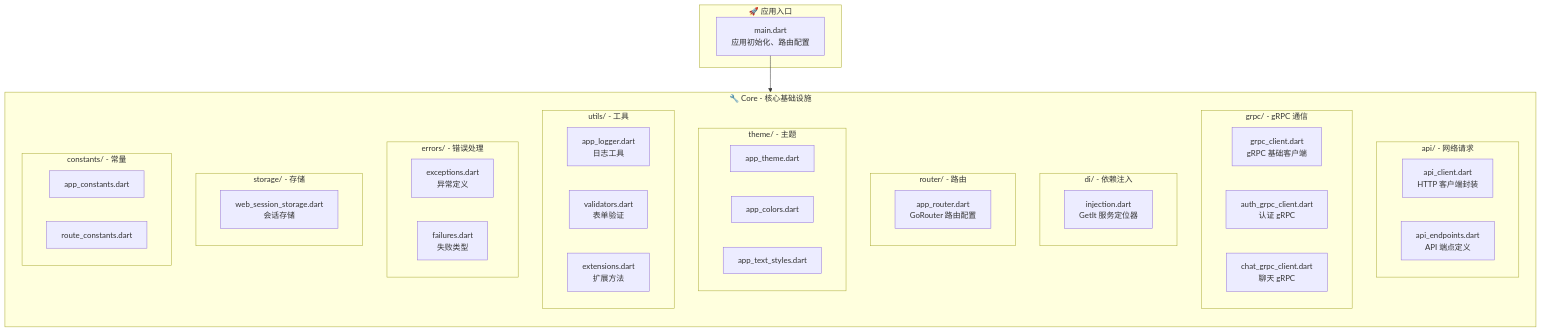
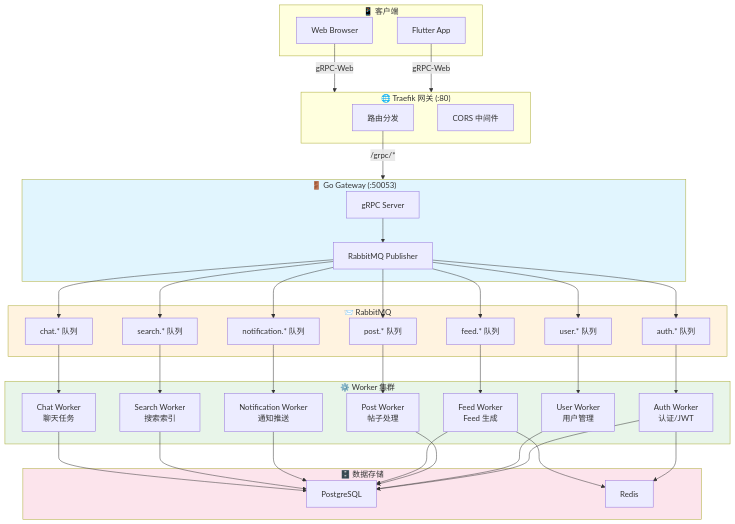
Before and after one commit to funcdfs/lesser: the second of 4 diagrams in docs/架构梳理.md, drawn with Mermaid. The commit also changed other lines of this file and 306 other files, not shown here.

````diff
--- a/docs/架构梳理.md
+++ b/docs/架构梳理.md
@@ -114,56 +193,84 @@
 ```mermaid
-graph TB
-    subgraph 应用入口["🚀 应用入口"]
-        Main["main.dart<br/>应用初始化、路由配置"]
+flowchart TB
+    subgraph Client["📱 客户端"]
+        Flutter["Flutter App"]
+        Web["Web Browser"]
     end
 
-    subgraph 核心层["🔧 Core - 核心基础设施"]
-        direction TB
-        subgraph API["api/ - 网络请求"]
-            ApiClient["api_client.dart<br/>HTTP 客户端封装"]
-            ApiEndpoints["api_endpoints.dart<br/>API 端点定义"]
-        end
-        
-        subgraph GRPC["grpc/ - gRPC 通信"]
-            GrpcClient["grpc_client.dart<br/>gRPC 基础客户端"]
-            AuthGrpc["auth_grpc_client.dart<br/>认证 gRPC"]
-            ChatGrpc["chat_grpc_client.dart<br/>聊天 gRPC"]
-        end
-        
-        subgraph DI["di/ - 依赖注入"]
-            Injection["injection.dart<br/>GetIt 服务定位器"]
-        end
-        
-        subgraph Router["router/ - 路由"]
-            AppRouter["app_router.dart<br/>GoRouter 路由配置"]
-        end
-        
-        subgraph Theme["theme/ - 主题"]
-            AppTheme["app_theme.dart"]
-            AppColors["app_colors.dart"]
-            AppTextStyles["app_text_styles.dart"]
-        end
-        
-        subgraph Utils["utils/ - 工具"]
-            Logger["app_logger.dart<br/>日志工具"]
-            Validators["validators.dart<br/>表单验证"]
-            Extensions["extensions.dart<br/>扩展方法"]
-        end
-        
-        subgraph Errors["errors/ - 错误处理"]
-            Exceptions["exceptions.dart<br/>异常定义"]
-            Failures["failures.dart<br/>失败类型"]
-        end
-        
-        subgraph Storage["storage/ - 存储"]
-            SessionStorage["web_session_storage.dart<br/>会话存储"]
-        end
-        
-        subgraph Constants["constants/ - 常量"]
-            AppConstants["app_constants.dart"]
-            RouteConstants["route_constants.dart"]
-        end
+    subgraph Traefik["🌐 Traefik 网关 (:80)"]
+        Router["路由分发"]
+        CORS["CORS 中间件"]
     end
 
-    Main --> 核心层
+    subgraph Gateway["🚪 Go Gateway (:50053)"]
+        GRPCServer["gRPC Server"]
+        Publisher["RabbitMQ Publisher"]
+    end
+
+    subgraph MQ["📨 RabbitMQ"]
+        AuthQueue["auth.* 队列"]
+        UserQueue["user.* 队列"]
+        PostQueue["post.* 队列"]
+        FeedQueue["feed.* 队列"]
+        NotifQueue["notification.* 队列"]
+        SearchQueue["search.* 队列"]
+        ChatQueue["chat.* 队列"]
+    end
+
+    subgraph Workers["⚙️ Worker 集群"]
+        AuthWorker["Auth Worker<br/>认证/JWT"]
+        UserWorker["User Worker<br/>用户管理"]
+        PostWorker["Post Worker<br/>帖子处理"]
+        FeedWorker["Feed Worker<br/>Feed 生成"]
+        NotifWorker["Notification Worker<br/>通知推送"]
+        SearchWorker["Search Worker<br/>搜索索引"]
+        ChatWorker["Chat Worker<br/>聊天任务"]
+    end
+
+    subgraph DataStores["🗄️ 数据存储"]
+        PG["PostgreSQL"]
+        RD["Redis"]
+    end
+
+    %% 客户端到网关
+    Flutter -->|gRPC-Web| Traefik
+    Web -->|gRPC-Web| Traefik
+
+    %% Traefik 路由
+    Router -->|/grpc/*| Gateway
+
+    %% Gateway 发布消息
+    GRPCServer --> Publisher
+    Publisher --> AuthQueue
+    Publisher --> UserQueue
+    Publisher --> PostQueue
+    Publisher --> FeedQueue
+    Publisher --> NotifQueue
+    Publisher --> SearchQueue
+    Publisher --> ChatQueue
+
+    %% Worker 消费消息
+    AuthQueue --> AuthWorker
+    UserQueue --> UserWorker
+    PostQueue --> PostWorker
+    FeedQueue --> FeedWorker
+    NotifQueue --> NotifWorker
+    SearchQueue --> SearchWorker
+    ChatQueue --> ChatWorker
+
+    %% Worker 访问数据
+    AuthWorker --> PG
+    AuthWorker --> RD
+    UserWorker --> PG
+    PostWorker --> PG
+    FeedWorker --> PG
+    FeedWorker --> RD
+    NotifWorker --> PG
+    SearchWorker --> PG
+    ChatWorker --> PG
+
+    style Gateway fill:#e1f5fe
+    style MQ fill:#fff3e0
+    style Workers fill:#e8f5e9
+    style DataStores fill:#fce4ec
 ```
````
